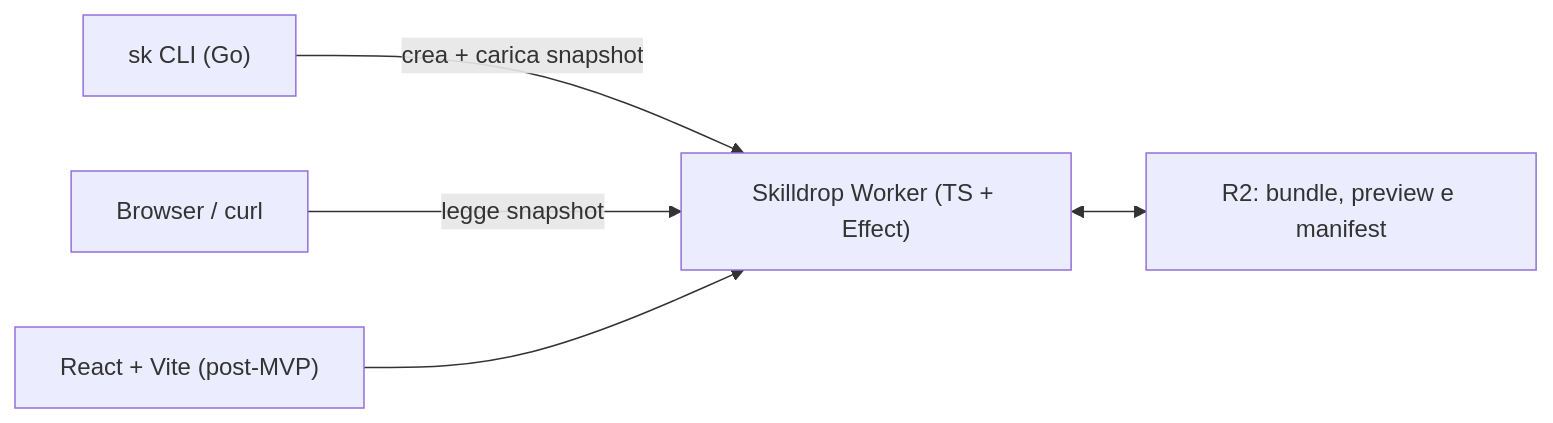
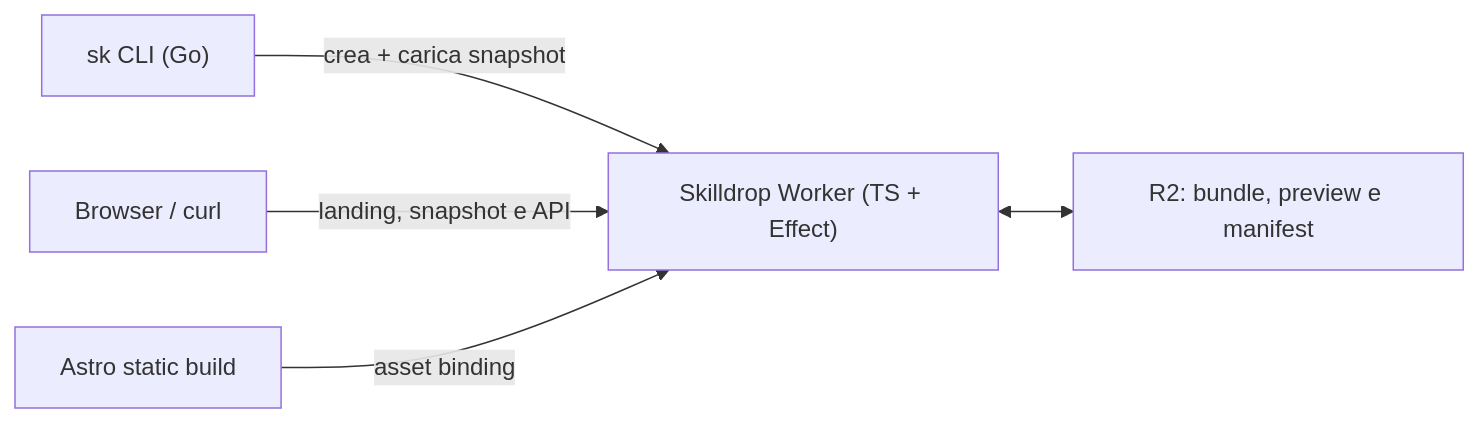
One commit to skilldrophq/skilldrop changed the diagram in ARCHITECTURE.md. Above: the diagram before and after it, drawn with Mermaid. The commit also changed other lines of this file and 6 other files, not shown here.

````diff
--- a/ARCHITECTURE.md
+++ b/ARCHITECTURE.md
@@ -33,7 +32,7 @@
 ```mermaid
 flowchart LR
   CLI["sk CLI (Go)"] -->|"crea + carica snapshot"| Worker["Skilldrop Worker (TS + Effect)"]
-  Browser["Browser / curl"] -->|"legge snapshot"| Worker
+  Browser["Browser / curl"] -->|"landing, snapshot e API"| Worker
+  Astro["Astro static build"] -->|"asset binding"| Worker
   Worker <--> R2["R2: bundle, preview e manifest"]
-  Web["React + Vite (post-MVP)"] --> Worker
 ```
````
